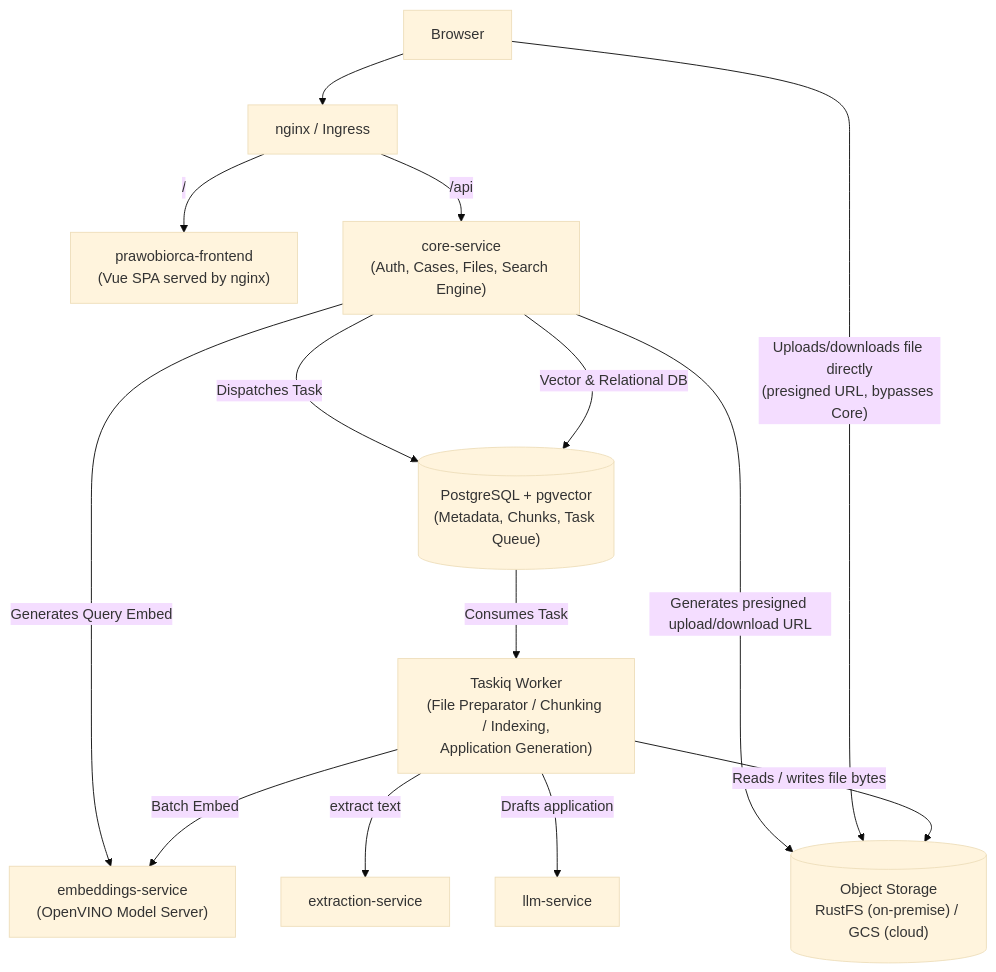
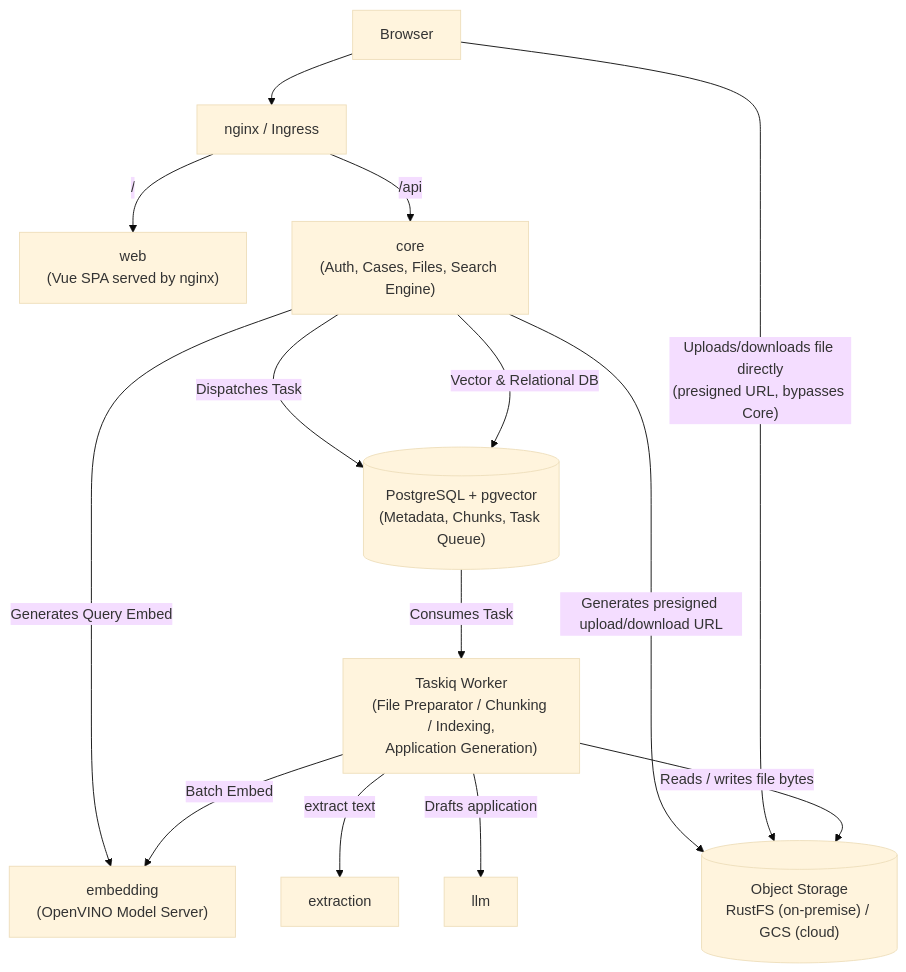
Before and after one commit to ErykMikolajewicz/prawobiorca: the first of 2 diagrams in docs/architecture/architecture.md, drawn with Mermaid (base theme). The commit also changed other lines of this file and 44 other files, not shown here.

````diff
--- a/docs/architecture/architecture.md
+++ b/docs/architecture/architecture.md
@@ -27,27 +27,27 @@
 ```mermaid
 flowchart TD
     Browser["Browser"]
     Ingress["nginx / Ingress"]
-    Frontend["prawobiorca-frontend<br/>(Vue SPA served by nginx)"]
-    Core["core-service<br/>(Auth, Cases, Files, Search Engine)"]
+    Frontend["web<br/>(Vue SPA served by nginx)"]
+    Core["core<br/>(Auth, Cases, Files, Search Engine)"]
     Worker["Taskiq Worker<br/>(File Preparator / Chunking / Indexing,<br/>Application Generation)"]
-    Embeddings["embeddings-service<br/>(OpenVINO Model Server)"]
-    Extraction["extraction-service"]
-    LLM["llm-service"]
+    Embeddings["embedding<br/>(OpenVINO Model Server)"]
+    Extraction["extraction"]
+    LLM["llm"]
     DB[("PostgreSQL + pgvector<br/>(Metadata, Chunks, Task Queue)")]
     Storage[("Object Storage<br/>RustFS (on-premise) / GCS (cloud)")]
 
     Browser --> Ingress
     Ingress -->|"/"| Frontend
     Ingress -->|"/api"| Core
     Core -->|Dispatches Task| DB
     Core -->|Generates Query Embed| Embeddings
     Core -->|Vector & Relational DB| DB
     Core -->|"Generates presigned upload/download URL"| Storage
     Browser -->|"Uploads/downloads file directly<br/>(presigned URL, bypasses Core)"| Storage
     DB -->|Consumes Task| Worker
     Worker -->|Batch Embed| Embeddings
     Worker -->|extract text| Extraction
     Worker -->|Drafts application| LLM
     Worker -->|"Reads / writes file bytes"| Storage
 ```
````
